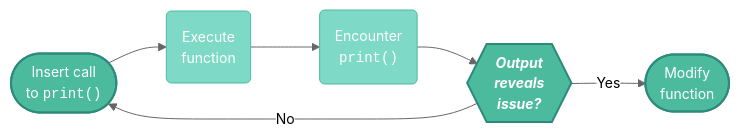
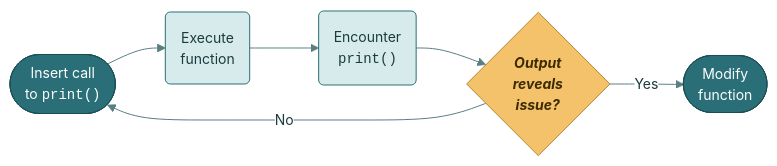
Before and after one commit to mjfrigaard/shiny-app-pkgs: the first of 2 diagrams in debug_print.qmd, drawn with Mermaid. The commit also changed other lines of this file and 22 other files, not shown here.

First line of the commit message:
Standardize mermaid diagrams on the site teal palette

````diff
--- a/debug_print.qmd
+++ b/debug_print.qmd
@@ -90,19 +90,21 @@
 ```{mermaid}
 %%| fig-cap: "Print debugging with `print()` function calls"
 %%| fig-align: center
-%%{init: {'theme': 'neutral', 'themeVariables': { 'fontFamily': 'monospace', "fontSize":"14px"}}}%%
+%%{init: {'theme': 'base', 'themeVariables': { 'fontFamily': 'monospace', "fontSize":"14px", "primaryColor":"#D7EBEC", "primaryTextColor":"#1B3B3F", "primaryBorderColor":"#2A6F77", "lineColor":"#5A7F83", "edgeLabelBackground":"#FFFFFF", "clusterBkg":"#F3F8F8", "clusterBorder":"#2A6F77", "darkMode":false}}}%%
 flowchart LR
     Insert(["Insert call<br>to <code>print()</code><br>"])
     Print("Encounter<br><code>print()</code> or<br><code>cat()</code>")
     Insert --> Exec
     Exec("Execute<br>function") --> Print("Encounter<br><code>print()</code>")
-    Print --> Issue{{"<strong><em>Output<br>reveals<br>issue?</em></strong>"}}
+    Print --> Issue{"<strong><em>Output<br>reveals<br>issue?</em></strong>"}
     Issue -- "Yes" --> Mod(["Modify<br>function"])
     Issue -- "No" --> Insert
 
-    style Insert fill:#4CBB9D,color:#fff,stroke:#2d8a7a,stroke-width:2px
-    style Exec fill:#7fd9c7,color:#fff,stroke:#4CBB9D,stroke-width:1px
-    style Print fill:#7fd9c7,color:#fff,stroke:#4CBB9D,stroke-width:1px
-    style Issue fill:#4CBB9D,color:#fff,stroke:#2d8a7a,stroke-width:2px
-    style Mod fill:#4CBB9D,color:#fff,stroke:#2d8a7a,stroke-width:2px
+    classDef term fill:#2A6F77,color:#FFFFFF,stroke:#1B4F55,stroke-width:1px
+    classDef step fill:#D7EBEC,color:#1B3B3F,stroke:#2A6F77,stroke-width:1px
+    classDef decision fill:#F4C26B,color:#3D2A00,stroke:#B7832B,stroke-width:1px
+    classDef io fill:#FFFFFF,color:#1B3B3F,stroke:#2A6F77,stroke-width:1px
+    class Insert,Mod term
+    class Print,Exec step
+    class Issue decision
 ```
````
